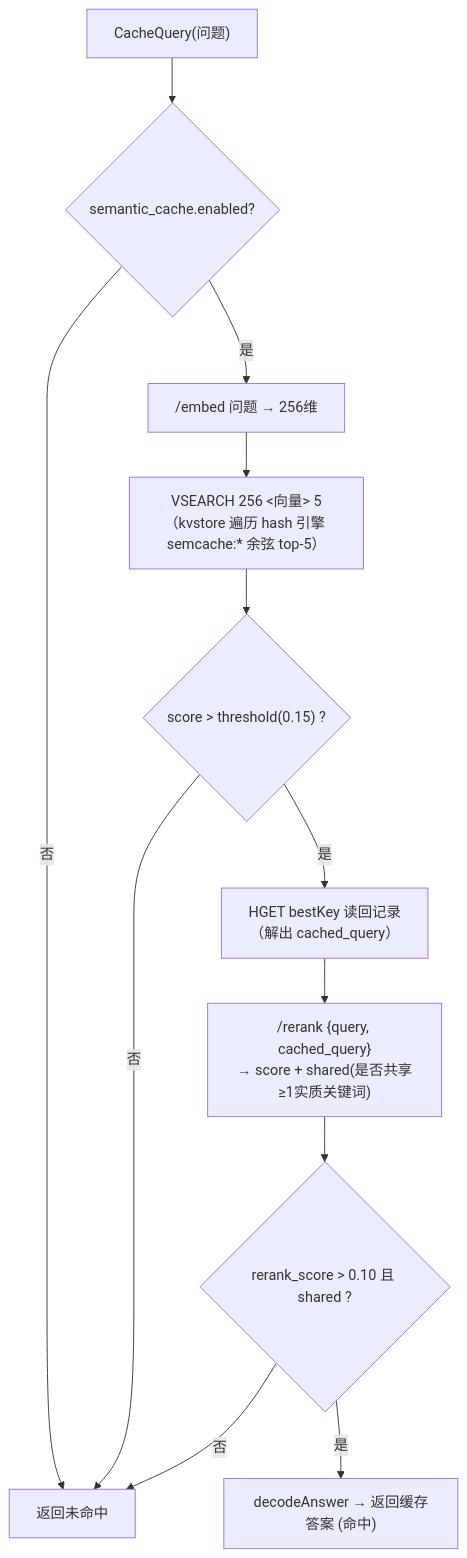
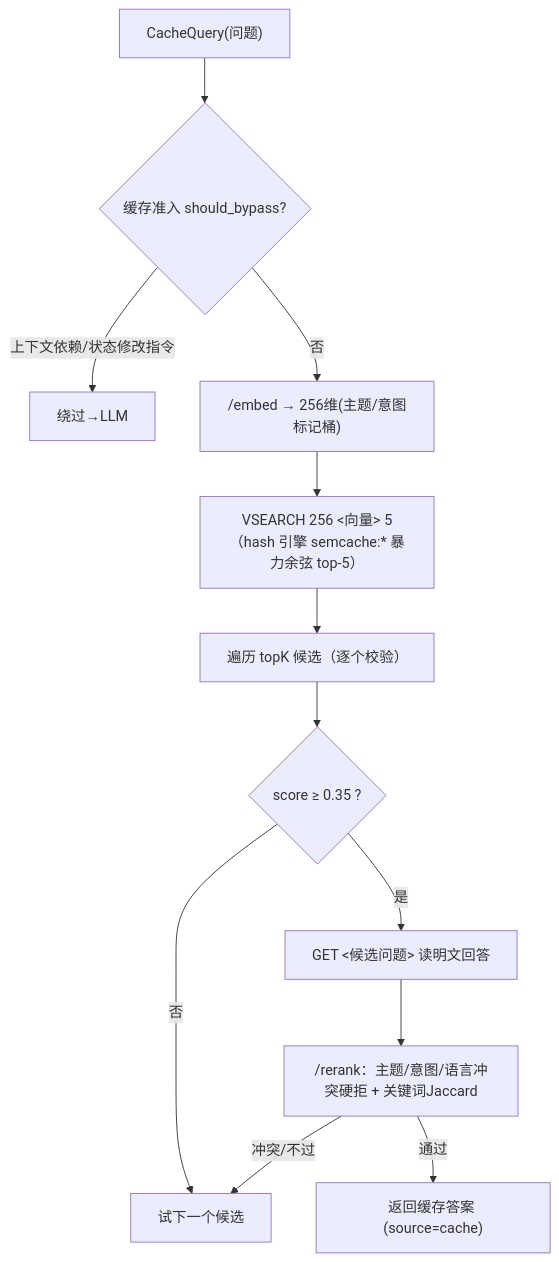
Before and after one commit to robotlover-1/ECHO-CHAT: the third of 3 diagrams in docs/项目文档/04-业务应用.md, drawn with Mermaid. The commit also changed other lines of this file, not shown here.

Commit message:
docs(04): 以代码为准校验更新——§3时序图、§4.1/4.2/4.3、§5免密登录+source计费、§6 tokenizer、§7 proxy env key、§9/§10 差异表；去验证码/fnv32/0.15过时表述

````diff
--- a/docs/项目文档/04-业务应用.md
+++ b/docs/项目文档/04-业务应用.md
@@ -285,14 +288,14 @@
 ```mermaid
 flowchart TB
-    A["CacheQuery(问题)"] --> B{"semantic_cache.enabled?"}
-    B -- "否" --> X["返回未命中"]
-    B -- "是" --> C["/embed 问题 → 256维"]
-    C --> D["VSEARCH 256 <向量> 5<br/>（kvstore 遍历 hash 引擎 semcache:* 余弦 top-5）"]
-    D --> E{"score > threshold(0.15) ?"}
-    E -- "否" --> X
-    E -- "是" --> F["HGET bestKey 读回记录<br/>（解出 cached_query）"]
-    F --> G["/rerank {query, cached_query}<br/>→ score + shared(是否共享≥1实质关键词)"]
-    G --> H{"rerank_score > 0.10 且 shared ?"}
-    H -- "否" --> X
-    H -- "是" --> I["decodeAnswer → 返回缓存答案 (命中)"]
+    A["CacheQuery(问题)"] --> B{"缓存准入 should_bypass?"}
+    B -- 上下文依赖/状态修改指令 --> X["绕过→LLM"]
+    B -- 否 --> C["/embed → 256维(主题/意图标记桶)"]
+    C --> D["VSEARCH 256 <向量> 5（hash 引擎 semcache:* 暴力余弦 top-5）"]
+    D --> E["遍历 topK 候选（逐个校验）"]
+    E --> F{"score ≥ 0.35 ?"}
+    F -- 否 --> G["试下一个候选"]
+    F -- 是 --> H["GET <候选问题> 读明文回答"]
+    H --> I["/rerank：主题/意图/语言冲突硬拒 + 关键词Jaccard"]
+    I -- 冲突/不过 --> G
+    I -- 通过 --> J["返回缓存答案 (source=cache)"]
 ```
````
